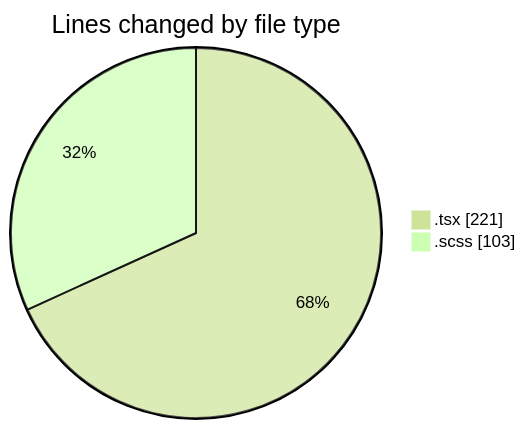
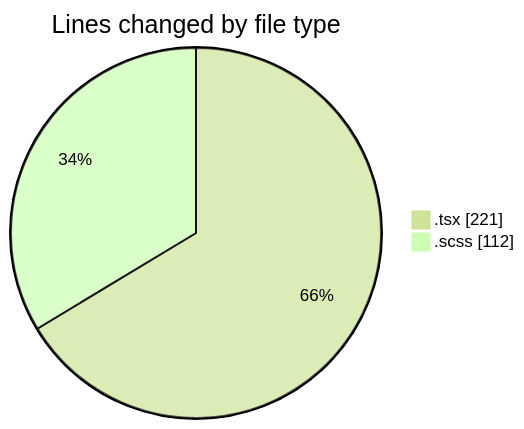
The first of 2 diagrams in 2026-04-16/cda/README.md (momahboobian/code-tracking), drawn with Mermaid (forest theme) before and after one commit. The commit also changed other lines of this file and 1 other file, not shown here.

````diff
--- a/2026-04-16/cda/README.md
+++ b/2026-04-16/cda/README.md
@@ -22,6 +22,6 @@
 ```mermaid
 pie showData
 title Lines changed by file type
 ".tsx" : 221
-".scss" : 103
+".scss" : 112
 ```
````
